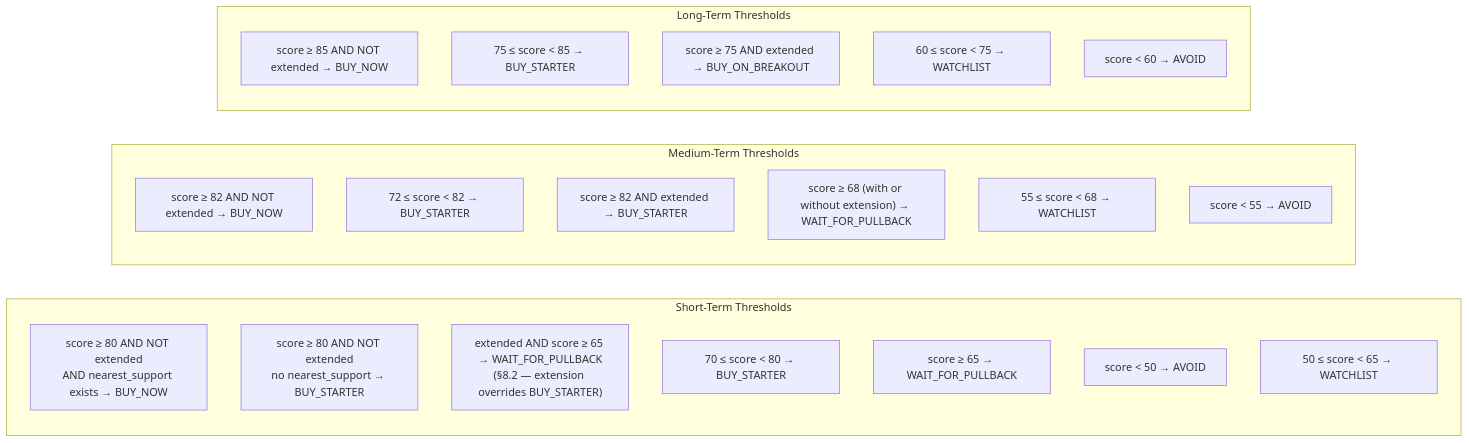
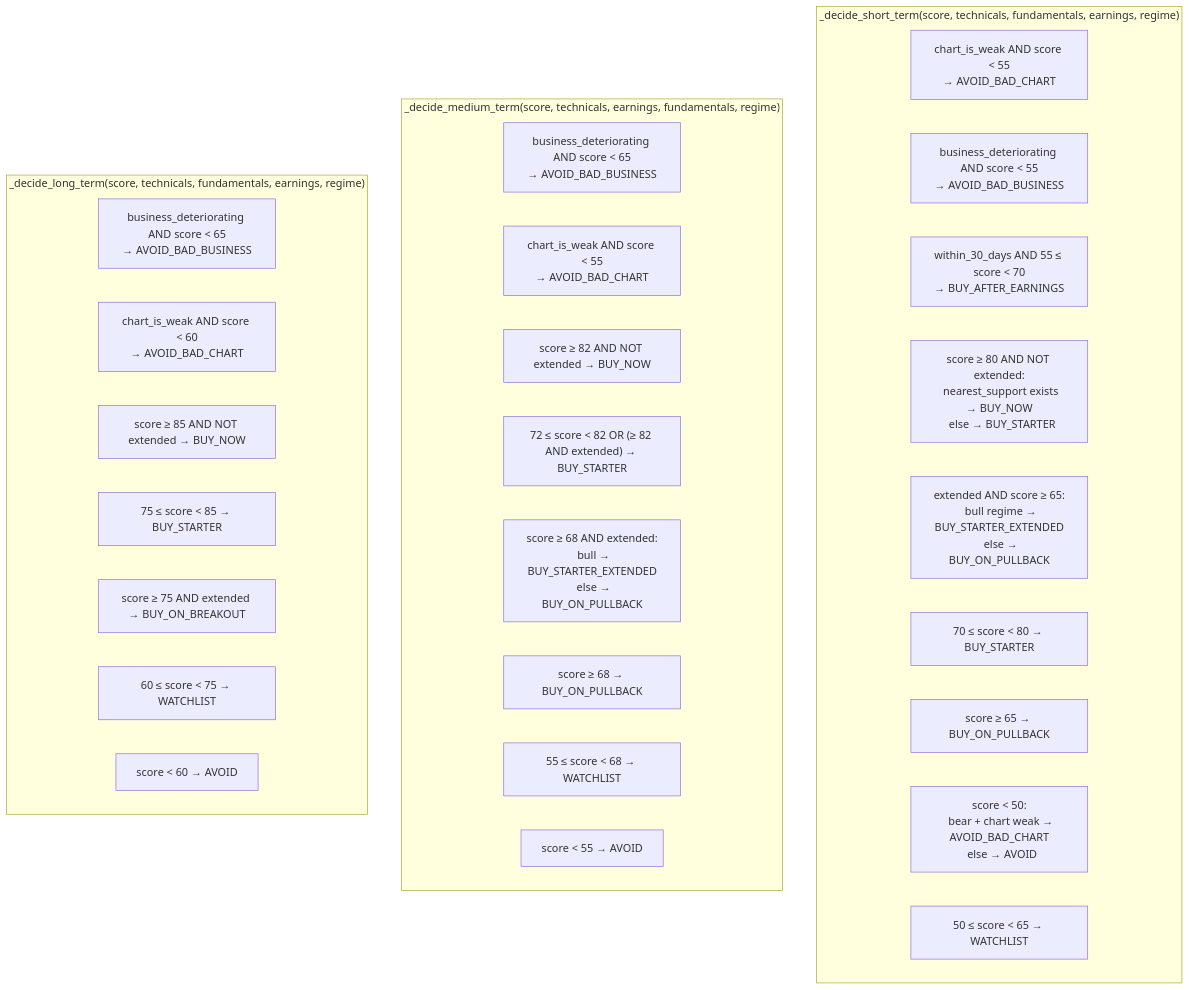
Before and after one commit to krutikpatel/stockBuyDecisioner1: diagram 13 of 22 in LLD.md, drawn with Mermaid. The commit also changed other lines of this file and 44 other files, not shown here.

````diff
--- a/LLD.md
+++ b/LLD.md
@@ -677,29 +977,35 @@
 ```mermaid
-flowchart LR
-    subgraph ST["Short-Term Thresholds"]
-        ST1["score ≥ 80 AND NOT extended\nAND nearest_support exists → BUY_NOW"]
-        ST2["score ≥ 80 AND NOT extended\nno nearest_support → BUY_STARTER"]
-        ST3["extended AND score ≥ 65 → WAIT_FOR_PULLBACK\n(§8.2 — extension overrides BUY_STARTER)"]
-        ST4["70 ≤ score < 80 → BUY_STARTER"]
-        ST5["score ≥ 65 → WAIT_FOR_PULLBACK"]
-        ST6["score < 50 → AVOID"]
-        ST7["50 ≤ score < 65 → WATCHLIST"]
+flowchart TD
+    subgraph ST["_decide_short_term(score, technicals, fundamentals, earnings, regime)"]
+        ST0["chart_is_weak AND score < 55\n→ AVOID_BAD_CHART"]
+        ST0b["business_deteriorating AND score < 55\n→ AVOID_BAD_BUSINESS"]
+        ST0c["within_30_days AND 55 ≤ score < 70\n→ BUY_AFTER_EARNINGS"]
+        ST1["score ≥ 80 AND NOT extended:\n  nearest_support exists → BUY_NOW\n  else → BUY_STARTER"]
+        ST2["extended AND score ≥ 65:\n  bull regime → BUY_STARTER_EXTENDED\n  else → BUY_ON_PULLBACK"]
+        ST3["70 ≤ score < 80 → BUY_STARTER"]
+        ST4["score ≥ 65 → BUY_ON_PULLBACK"]
+        ST5["score < 50:\n  bear + chart weak → AVOID_BAD_CHART\n  else → AVOID"]
+        ST6["50 ≤ score < 65 → WATCHLIST"]
     end
 
-    subgraph MT["Medium-Term Thresholds"]
+    subgraph MT["_decide_medium_term(score, technicals, earnings, fundamentals, regime)"]
+        MT0["business_deteriorating AND score < 65\n→ AVOID_BAD_BUSINESS"]
+        MT0b["chart_is_weak AND score < 55\n→ AVOID_BAD_CHART"]
         MT1["score ≥ 82 AND NOT extended → BUY_NOW"]
-        MT2["72 ≤ score < 82 → BUY_STARTER"]
-        MT3["score ≥ 82 AND extended → BUY_STARTER"]
-        MT4["score ≥ 68 (with or without extension) → WAIT_FOR_PULLBACK"]
+        MT2["72 ≤ score < 82 OR (≥ 82 AND extended) → BUY_STARTER"]
+        MT3["score ≥ 68 AND extended:\n  bull → BUY_STARTER_EXTENDED\n  else → BUY_ON_PULLBACK"]
+        MT4["score ≥ 68 → BUY_ON_PULLBACK"]
         MT5["55 ≤ score < 68 → WATCHLIST"]
         MT6["score < 55 → AVOID"]
     end
 
-    subgraph LT["Long-Term Thresholds"]
+    subgraph LT["_decide_long_term(score, technicals, fundamentals, earnings, regime)"]
+        LT0["business_deteriorating AND score < 65\n→ AVOID_BAD_BUSINESS"]
+        LT0b["chart_is_weak AND score < 60\n→ AVOID_BAD_CHART"]
         LT1["score ≥ 85 AND NOT extended → BUY_NOW"]
         LT2["75 ≤ score < 85 → BUY_STARTER"]
         LT3["score ≥ 75 AND extended → BUY_ON_BREAKOUT"]
         LT4["60 ≤ score < 75 → WATCHLIST"]
         LT5["score < 60 → AVOID"]
     end
 ```
````
